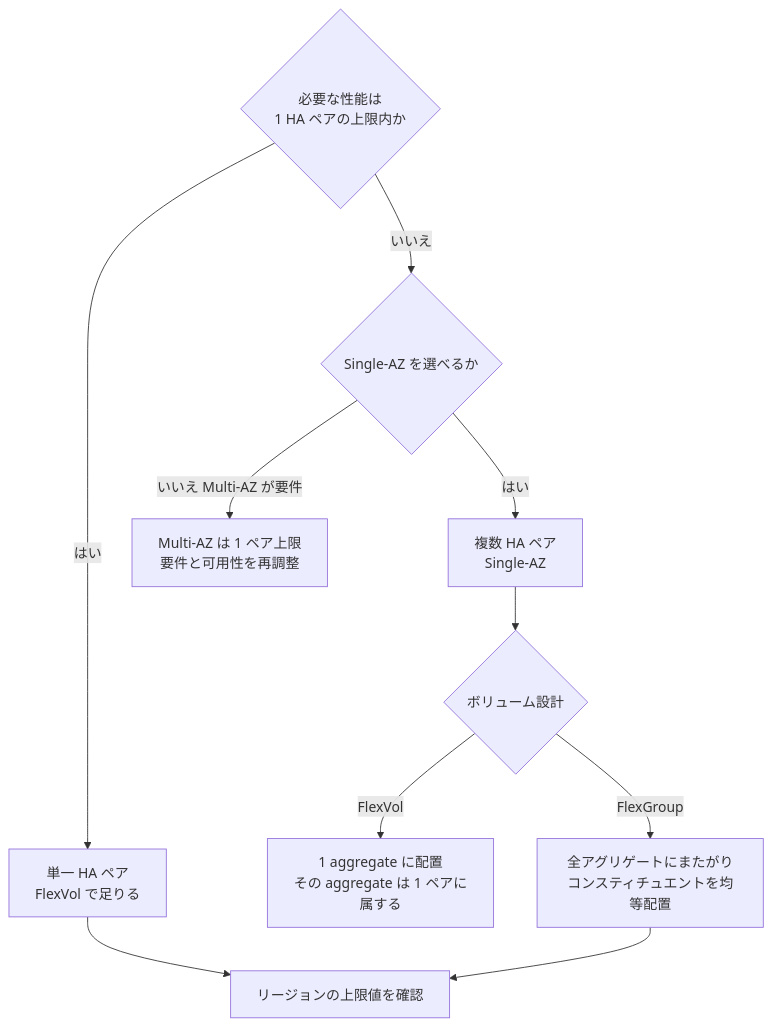
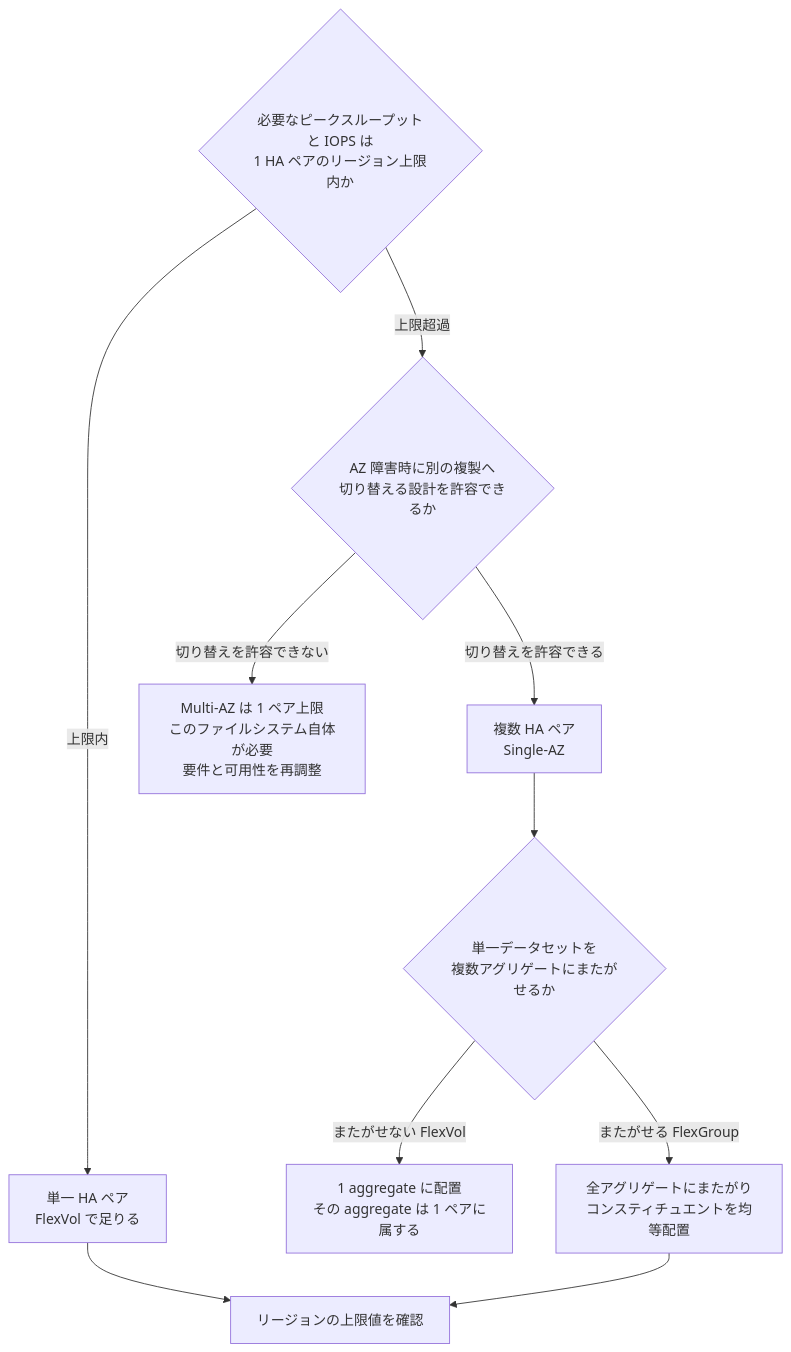
The diagram in docs/ja/domains/performance/notes/where-throughput-is-determined-and-shared.md (Yoshiki0705/FSx-for-ONTAP-Adoption-Playbook), drawn with Mermaid before and after one commit. The commit also changed 27 other files, not shown here.

````diff
--- a/docs/ja/domains/performance/notes/where-throughput-is-determined-and-shared.md
+++ b/docs/ja/domains/performance/notes/where-throughput-is-determined-and-shared.md
@@ -140,15 +140,15 @@
 ```mermaid
 graph TD
-    Q{必要な性能は<br/>1 HA ペアの上限内か} -->|はい| ONE[単一 HA ペア<br/>FlexVol で足りる]
-    Q -->|いいえ| MULTI{Single-AZ を選べるか}
+    Q{必要なピークスループットと IOPS は<br/>1 HA ペアのリージョン上限内か} -->|上限内| ONE[単一 HA ペア<br/>FlexVol で足りる]
+    Q -->|上限超過| MULTI{AZ 障害時に別の複製へ<br/>切り替える設計を許容できるか}
 
-    MULTI -->|はい| MP[複数 HA ペア<br/>Single-AZ]
-    MULTI -->|いいえ Multi-AZ が要件| CAP[Multi-AZ は 1 ペア上限<br/>要件と可用性を再調整]
+    MULTI -->|切り替えを許容できる| MP[複数 HA ペア<br/>Single-AZ]
+    MULTI -->|切り替えを許容できない| CAP[Multi-AZ は 1 ペア上限<br/>このファイルシステム自体が必要<br/>要件と可用性を再調整]
 
-    MP --> VOL{ボリューム設計}
-    VOL -->|FlexVol| WARN[1 aggregate に配置<br/>その aggregate は 1 ペアに属する]
-    VOL -->|FlexGroup| BAL[全アグリゲートにまたがり<br/>コンスティチュエントを均等配置]
+    MP --> VOL{単一データセットを<br/>複数アグリゲートにまたがせるか}
+    VOL -->|またがせない FlexVol| WARN[1 aggregate に配置<br/>その aggregate は 1 ペアに属する]
+    VOL -->|またがせる FlexGroup| BAL[全アグリゲートにまたがり<br/>コンスティチュエントを均等配置]
 
     ONE --> REG[リージョンの上限値を確認]
     BAL --> REG
 ```
````
